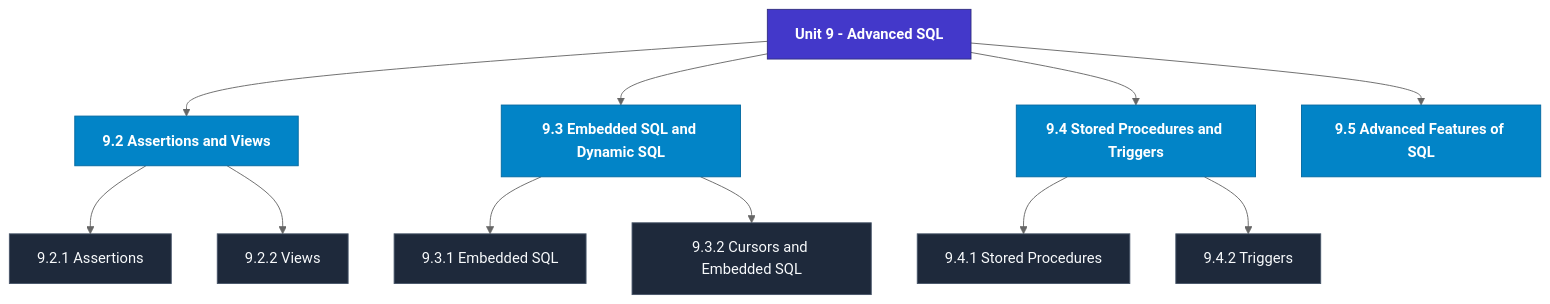
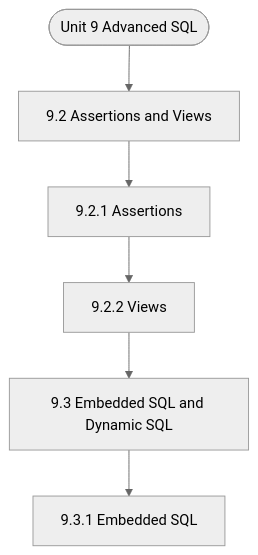
The diagram in notes/Semester_1/MCS-207_Database_Management_Systems/unit_09_Advanced_SQL.md (Asutosh-Coaching/mscdsa), drawn with Mermaid (neutral theme) before and after one commit. The commit also changed other lines of this file and 115 other files, not shown here.

Commit message:
Fix Mermaid layout for mobile, isolate LaTeX delimiters, and add GitHub Pages reader

````diff
--- a/notes/Semester_1/MCS-207_Database_Management_Systems/unit_09_Advanced_SQL.md
+++ b/notes/Semester_1/MCS-207_Database_Management_Systems/unit_09_Advanced_SQL.md
@@ -19,29 +19,14 @@
 ```mermaid
 flowchart TD
-  %% Styling Definitions
-  classDef head fill:#4338ca,stroke:#312e81,color:#ffffff,font-weight:bold;
-  classDef topic fill:#0284c7,stroke:#0369a1,color:#ffffff,font-weight:600;
-  classDef sub fill:#1e293b,stroke:#475569,color:#f8fafc;
-
-  Root["Unit 9 - Advanced SQL"]:::head
-  M1["9.2 Assertions and Views"]:::topic
-  Root --> M1
-  M1_1["9.2.1 Assertions"]:::sub
-  M1 --> M1_1
-  M1_2["9.2.2 Views"]:::sub
-  M1 --> M1_2
-  M2["9.3 Embedded SQL and Dynamic SQL"]:::topic
-  Root --> M2
-  M2_1["9.3.1 Embedded SQL"]:::sub
-  M2 --> M2_1
-  M2_2["9.3.2 Cursors and Embedded SQL"]:::sub
-  M2 --> M2_2
-  M3["9.4 Stored Procedures and Triggers"]:::topic
-  Root --> M3
-  M3_1["9.4.1 Stored Procedures"]:::sub
-  M3 --> M3_1
-  M3_2["9.4.2 Triggers"]:::sub
-  M3 --> M3_2
-  M4["9.5 Advanced Features of SQL"]:::topic
-  Root --> M4
+  Start(["Unit 9 Advanced SQL"])
+  N1["9.2 Assertions and Views"]
+  N2["9.2.1 Assertions"]
+  N3["9.2.2 Views"]
+  N4["9.3 Embedded SQL and Dynamic SQL"]
+  N5["9.3.1 Embedded SQL"]
+  Start --> N1
+  N1 --> N2
+  N2 --> N3
+  N3 --> N4
+  N4 --> N5
 ```
````
